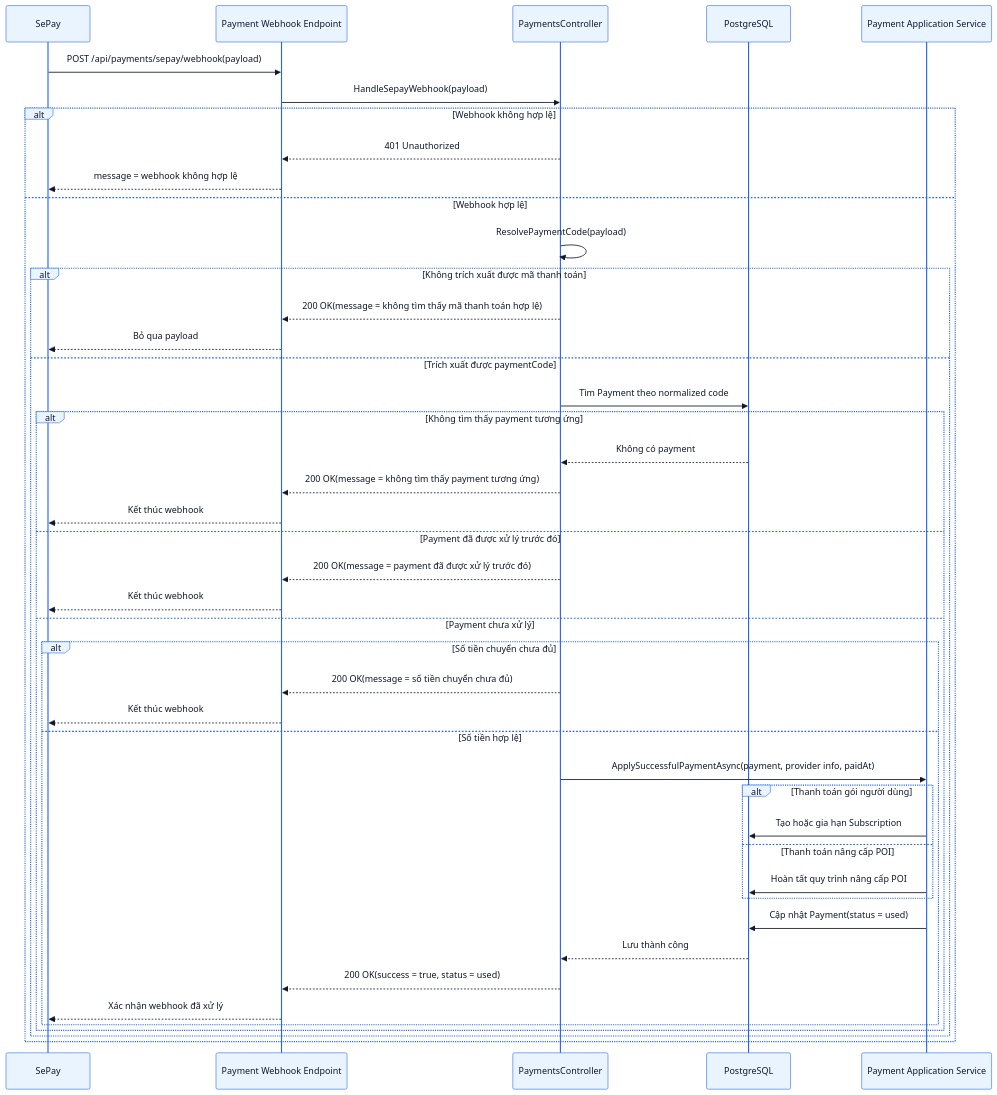
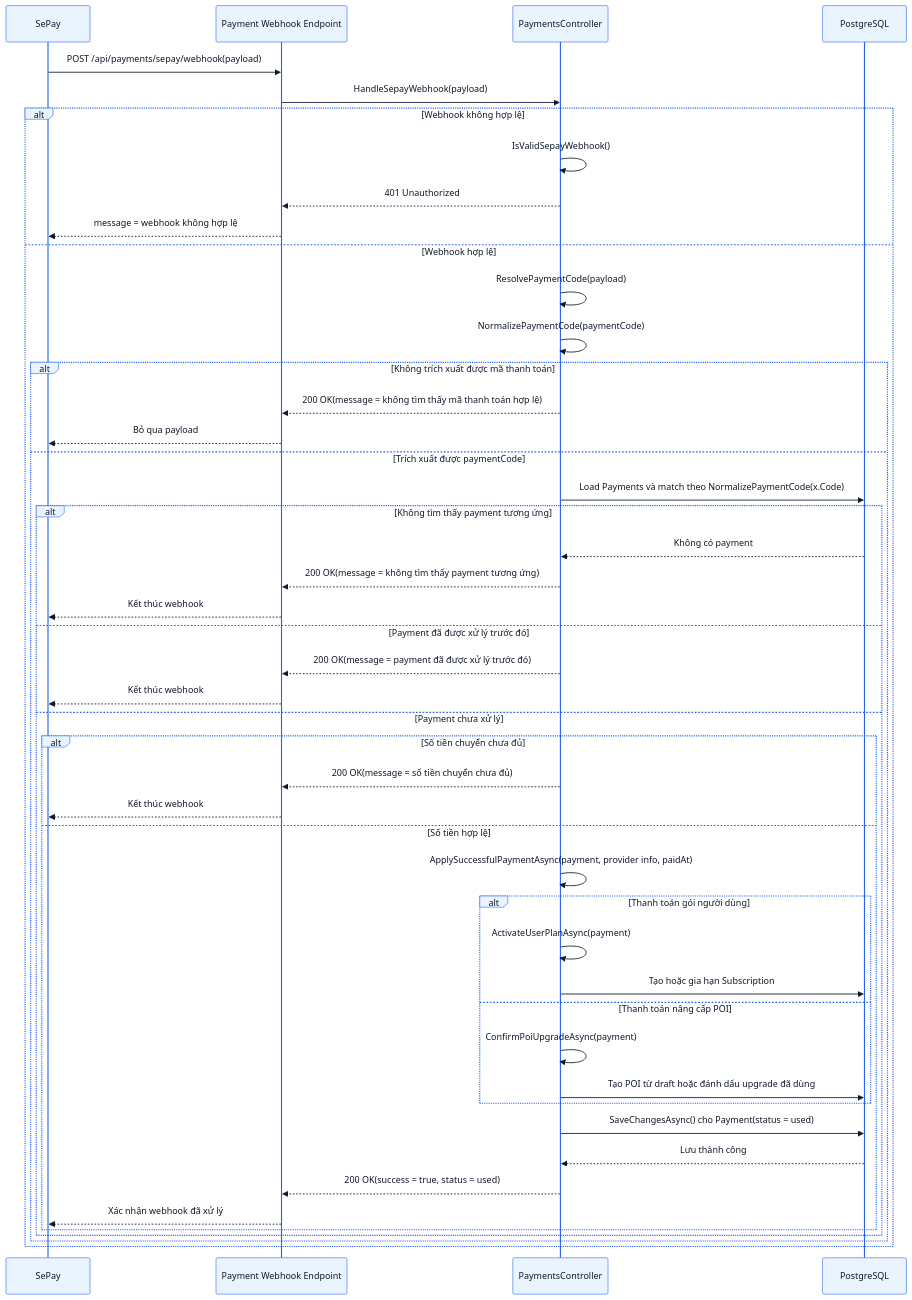
The ninth of 36 diagrams in docs/PRD.md (thaiquanghieu/smart-guide-system), drawn with Mermaid before and after one commit. The commit also changed other lines of this file and 18 other files, not shown here.

Commit message:
docs: update PRD and diagrams

````diff
--- a/docs/PRD.md
+++ b/docs/PRD.md
@@ -1226,67 +1329,70 @@
 ```mermaid
 %%{init: {
   "theme": "base",
   "themeVariables": {
     "primaryColor": "#EAF4FF",
     "primaryBorderColor": "#2563EB",
     "primaryTextColor": "#0F172A",
     "lineColor": "#2563EB",
     "secondaryColor": "#DBEAFE",
     "tertiaryColor": "#F8FBFF",
     "noteBkgColor": "#EFF6FF",
     "noteBorderColor": "#3B82F6",
     "activationBorderColor": "#2563EB",
     "activationBkgColor": "#DBEAFE",
     "sequenceNumberColor": "#0F172A"
   }
 }}%%
 sequenceDiagram
     participant Sepay as SePay
     participant API as Payment Webhook Endpoint
     participant PaymentsCtl as PaymentsController
     participant DB as PostgreSQL
-    participant PaymentSvc as Payment Application Service
 
     Sepay ->> API: POST /api/payments/sepay/webhook(payload)
     API ->> PaymentsCtl: HandleSepayWebhook(payload)
 
     alt Webhook không hợp lệ
+        PaymentsCtl ->> PaymentsCtl: IsValidSepayWebhook()
         PaymentsCtl -->> API: 401 Unauthorized
         API -->> Sepay: message = webhook không hợp lệ
     else Webhook hợp lệ
         PaymentsCtl ->> PaymentsCtl: ResolvePaymentCode(payload)
+        PaymentsCtl ->> PaymentsCtl: NormalizePaymentCode(paymentCode)
         alt Không trích xuất được mã thanh toán
             PaymentsCtl -->> API: 200 OK(message = không tìm thấy mã thanh toán hợp lệ)
             API -->> Sepay: Bỏ qua payload
         else Trích xuất được paymentCode
-            PaymentsCtl ->> DB: Tìm Payment theo normalized code
+            PaymentsCtl ->> DB: Load Payments và match theo NormalizePaymentCode(x.Code)
 
             alt Không tìm thấy payment tương ứng
                 DB -->> PaymentsCtl: Không có payment
                 PaymentsCtl -->> API: 200 OK(message = không tìm thấy payment tương ứng)
                 API -->> Sepay: Kết thúc webhook
             else Payment đã được xử lý trước đó
                 PaymentsCtl -->> API: 200 OK(message = payment đã được xử lý trước đó)
                 API -->> Sepay: Kết thúc webhook
             else Payment chưa xử lý
                 alt Số tiền chuyển chưa đủ
                     PaymentsCtl -->> API: 200 OK(message = số tiền chuyển chưa đủ)
                     API -->> Sepay: Kết thúc webhook
                 else Số tiền hợp lệ
-                    PaymentsCtl ->> PaymentSvc: ApplySuccessfulPaymentAsync(payment, provider info, paidAt)
+                    PaymentsCtl ->> PaymentsCtl: ApplySuccessfulPaymentAsync(payment, provider info, paidAt)
 
                     alt Thanh toán gói người dùng
-                        PaymentSvc ->> DB: Tạo hoặc gia hạn Subscription
+                        PaymentsCtl ->> PaymentsCtl: ActivateUserPlanAsync(payment)
+                        PaymentsCtl ->> DB: Tạo hoặc gia hạn Subscription
                     else Thanh toán nâng cấp POI
-                        PaymentSvc ->> DB: Hoàn tất quy trình nâng cấp POI
+                        PaymentsCtl ->> PaymentsCtl: ConfirmPoiUpgradeAsync(payment)
+                        PaymentsCtl ->> DB: Tạo POI từ draft hoặc đánh dấu upgrade đã dùng
                     end
 
-                    PaymentSvc ->> DB: Cập nhật Payment(status = used)
+                    PaymentsCtl ->> DB: SaveChangesAsync() cho Payment(status = used)
                     DB -->> PaymentsCtl: Lưu thành công
                     PaymentsCtl -->> API: 200 OK(success = true, status = used)
                     API -->> Sepay: Xác nhận webhook đã xử lý
                 end
             end
         end
     end
 ```
````
